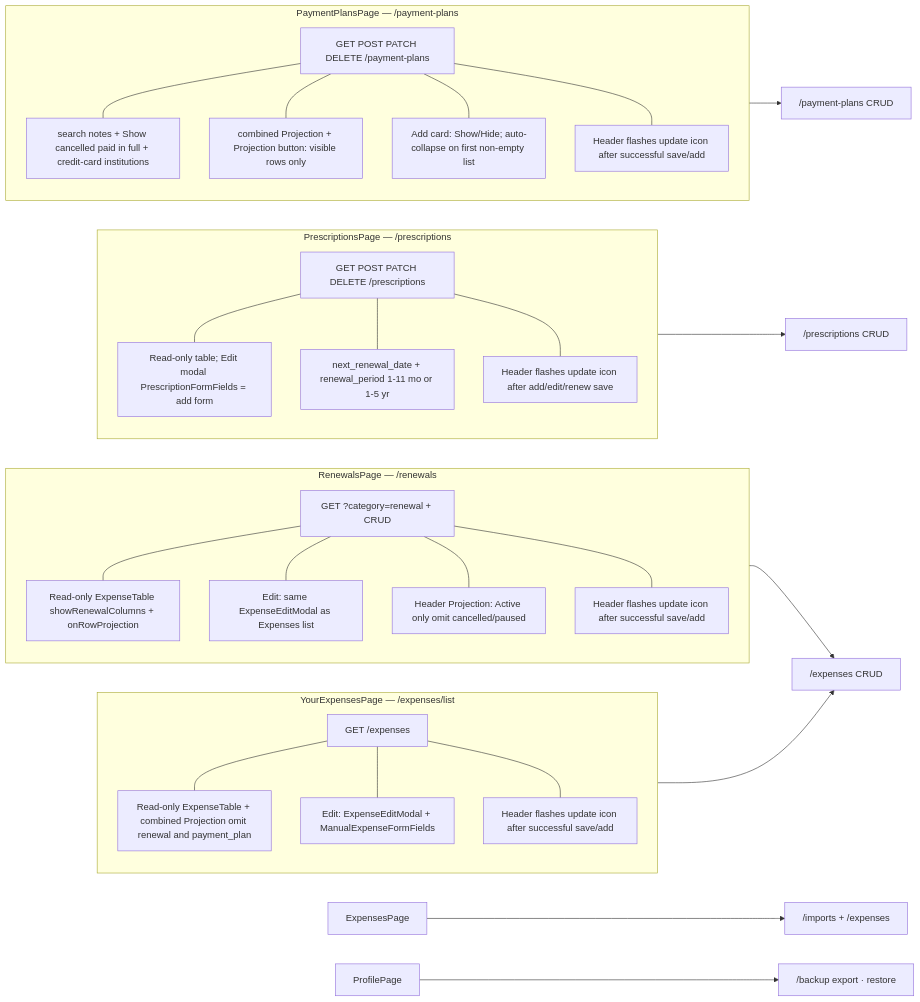
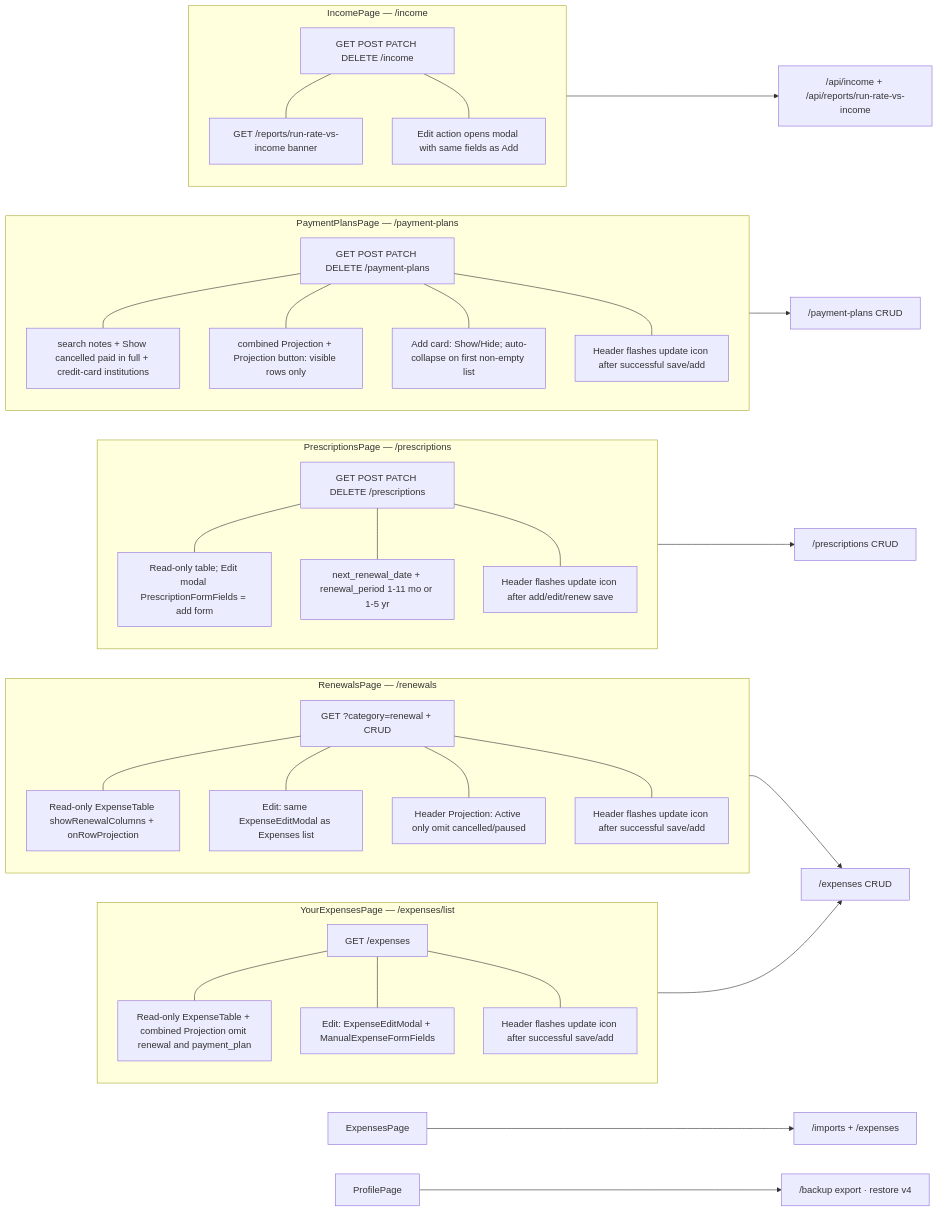
Before and after one commit to becomeonewiththecode/expense_tracker: the ninth of 20 diagrams in docs/ARCHITECTURE_DIAGRAM.md, drawn with Mermaid. The commit also changed other lines of this file and 59 other files, not shown here.

````diff
--- a/docs/ARCHITECTURE_DIAGRAM.md
+++ b/docs/ARCHITECTURE_DIAGRAM.md
@@ -334,46 +357,53 @@
 ```mermaid
 flowchart LR
   EP[ExpensesPage] --> IM["/imports + /expenses"]
   subgraph YEP["YourExpensesPage — /expenses/list"]
     direction TB
     YG["GET /expenses"]
     YV["Read-only ExpenseTable + combined Projection omit renewal and payment_plan"]
     YE["Edit: ExpenseEditModal + ManualExpenseFormFields"]
     YU["Header flashes update icon after successful save/add"]
     YG --- YV
     YG --- YE
     YG --- YU
   end
   subgraph NRP["RenewalsPage — /renewals"]
     direction TB
     NG["GET ?category=renewal + CRUD"]
     NV["Read-only ExpenseTable showRenewalColumns + onRowProjection"]
     NE["Edit: same ExpenseEditModal as Expenses list"]
     NW["Header Projection: Active only omit cancelled/paused"]
     NU["Header flashes update icon after successful save/add"]
     NG --- NV
     NG --- NE
     NG --- NW
     NG --- NU
   end
   NRP --> EX["/expenses CRUD"]
   YEP --> EX
   subgraph PSPg["PrescriptionsPage — /prescriptions"]
     direction TB
     PG2["GET POST PATCH DELETE /prescriptions"]
     PG2 --- PGnote["Read-only table; Edit modal PrescriptionFormFields = add form"]
     PG2 --- PGdates["next_renewal_date + renewal_period 1-11 mo or 1-5 yr"]
     PG2 --- PGu["Header flashes update icon after add/edit/renew save"]
   end
   PSPg --> PRX["/prescriptions CRUD"]
   subgraph PPPg["PaymentPlansPage — /payment-plans"]
     direction TB
     PPG2["GET POST PATCH DELETE /payment-plans"]
     PPG2 --- PPGnote["search notes + Show cancelled paid in full + credit-card institutions"]
     PPG2 --- PPGproj["combined Projection + Projection button: visible rows only"]
     PPG2 --- PPGadd["Add card: Show/Hide; auto-collapse on first non-empty list"]
     PPG2 --- PPGu["Header flashes update icon after successful save/add"]
   end
   PPPg --> PPX["/payment-plans CRUD"]
-  PP[ProfilePage] --> BK["/backup export · restore"]
+  subgraph IPg2["IncomePage — /income"]
+    direction TB
+    IG2["GET POST PATCH DELETE /income"]
+    IG2 --- IGrr["GET /reports/run-rate-vs-income banner"]
+    IG2 --- IGe["Edit action opens modal with same fields as Add"]
+  end
+  IPg2 --> INC["/api/income + /api/reports/run-rate-vs-income"]
+  PP[ProfilePage] --> BK["/backup export · restore v4"]
 ```
````
